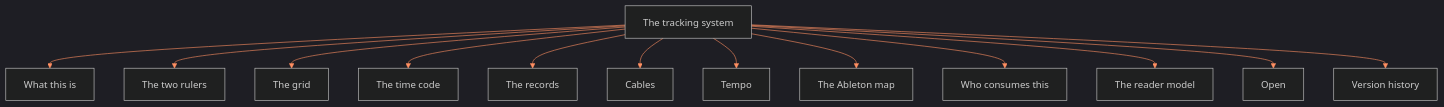
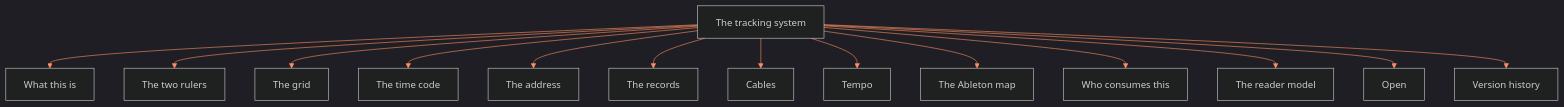
Before and after one commit to leechseed/_setsunadev: the diagram in ShroomsQ/_CANON/_DOCS/08_TRACKING_SYSTEMS/ssot_08_tracking_system/2-reference.md, drawn with Mermaid. The commit also changed other lines of this file and 7 other files, not shown here.

````diff
--- a/ShroomsQ/_CANON/_DOCS/08_TRACKING_SYSTEMS/ssot_08_tracking_system/2-reference.md
+++ b/ShroomsQ/_CANON/_DOCS/08_TRACKING_SYSTEMS/ssot_08_tracking_system/2-reference.md
@@ -19,16 +19,17 @@
 ```mermaid
 %%{init: {"theme": "dark", "themeVariables": {"primaryColor": "#2A1A12", "primaryBorderColor": "#FF5A1F", "primaryTextColor": "#F2EDE6", "lineColor": "#FF8F62", "fontFamily": "Atkinson Hyperlegible, sans-serif"}}}%%
 flowchart TD
   R["The tracking system"] --> A["What this is"]
   R --> B["The two rulers"]
   R --> C["The grid"]
   R --> D["The time code"]
+  R --> D2["The address"]
   R --> E["The records"]
   R --> F["Cables"]
   R --> G["Tempo"]
   R --> H["The Ableton map"]
   R --> I["Who consumes this"]
   R --> J["The reader model"]
   R --> K["Open"]
   R --> L["Version history"]
 ```
````
